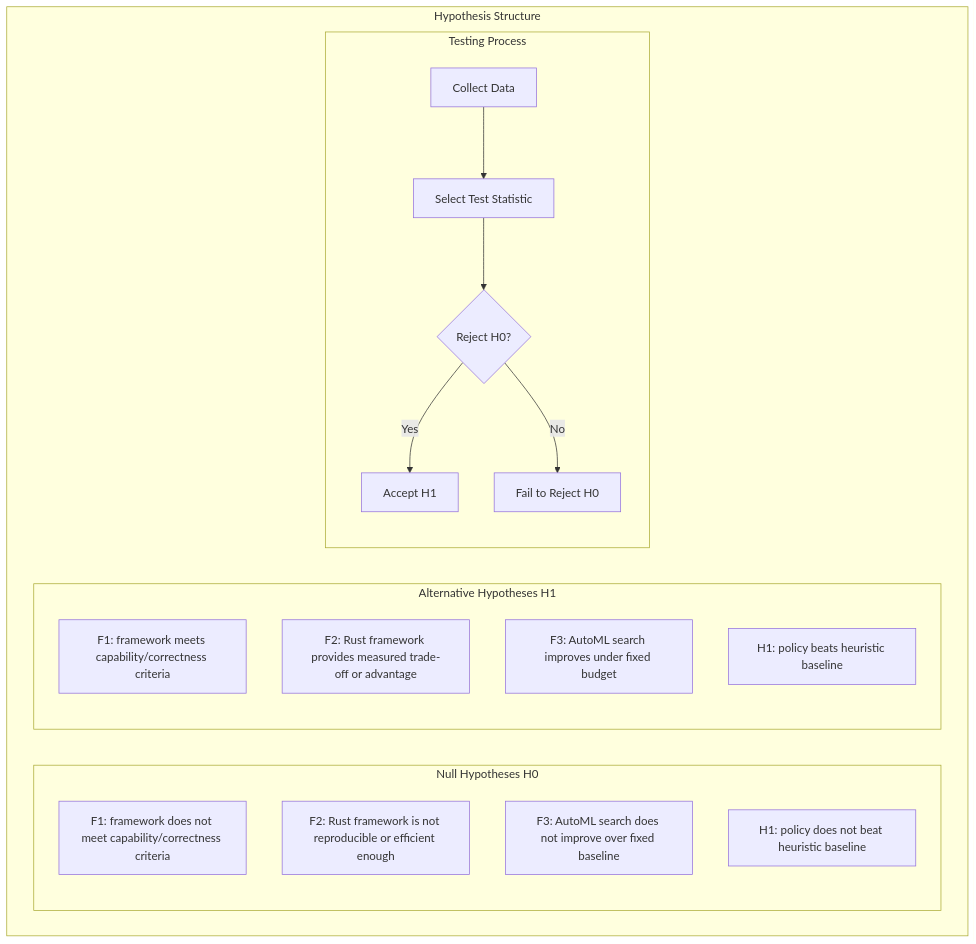
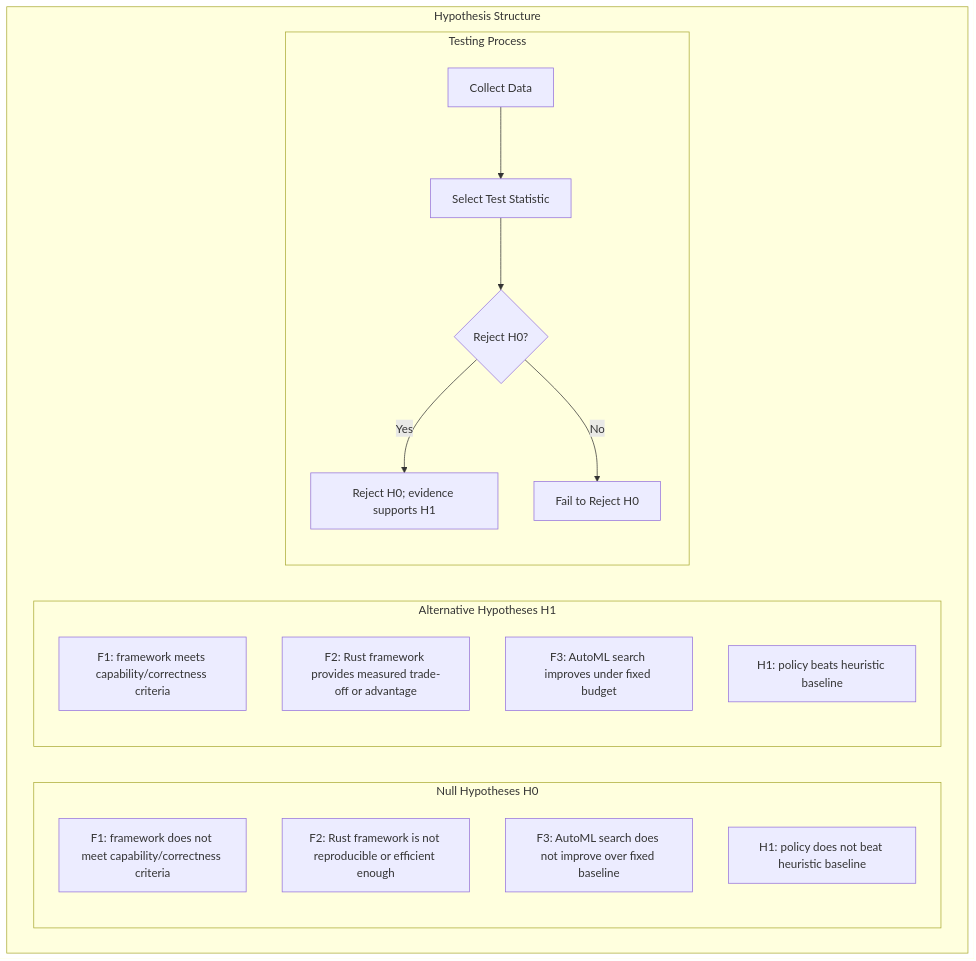
Before and after one commit to Evintkoo/2048-ml: the first of 3 diagrams in plans/08-Research-Report/02-Methodology/03-hypotheses.md, drawn with Mermaid. The commit also changed other lines of this file and 157 other files, not shown here.

````diff
--- a/plans/08-Research-Report/02-Methodology/03-hypotheses.md
+++ b/plans/08-Research-Report/02-Methodology/03-hypotheses.md
@@ -20,25 +20,25 @@
 ```mermaid
 flowchart TD
     subgraph "Hypothesis Structure"
         subgraph "Null Hypotheses H0"
             H01[F1: framework does not meet capability/correctness criteria]
             H02[F2: Rust framework is not reproducible or efficient enough]
             H03[F3: AutoML search does not improve over fixed baseline]
             H04[H1: policy does not beat heuristic baseline]
         end
         
         subgraph "Alternative Hypotheses H1"
             HA1[F1: framework meets capability/correctness criteria]
             HA2[F2: Rust framework provides measured trade-off or advantage]
             HA3[F3: AutoML search improves under fixed budget]
             HA4[H1: policy beats heuristic baseline]
         end
         
         subgraph "Testing Process"
             T1[Collect Data] --> T2[Select Test Statistic]
             T2 --> T3{Reject H0?}
-            T3 -->|Yes| H[Accept H1]
+            T3 -->|Yes| H[Reject H0; evidence supports H1]
             T3 -->|No| I[Fail to Reject H0]
         end
     end
 ```
````
